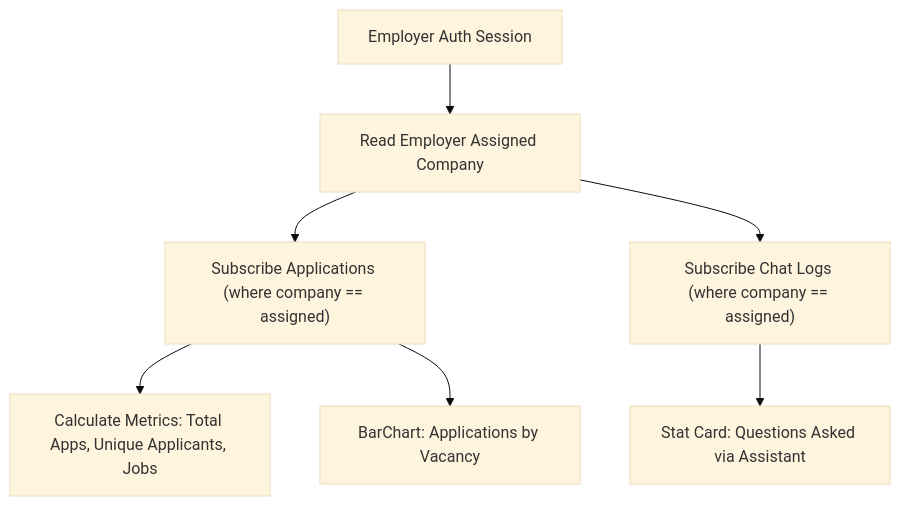
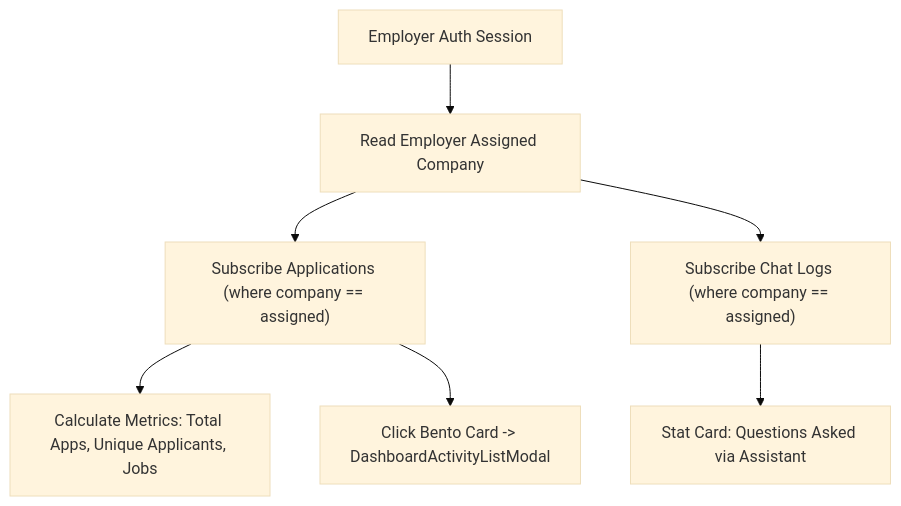
One commit to SooYM/QIU-Industry-Webapp changed the third of 4 diagrams in webapp/docs/FEATURE_MODULES_GUIDE.md. Above: the diagram before and after it, drawn with Mermaid (base theme). The commit also changed other lines of this file and 27 other files, not shown here.

Commit message:
docs: update comprehensive technical documentation for nature of business, bento activity pop-outs, Q&A zoom, and company JSON import

````diff
--- a/webapp/docs/FEATURE_MODULES_GUIDE.md
+++ b/webapp/docs/FEATURE_MODULES_GUIDE.md
@@ -176,9 +171,9 @@
 ```mermaid
 flowchart TD
     EmployerSignIn["Employer Auth Session"] --> ScopeCheck["Read Employer Assigned Company"]
     ScopeCheck --> FetchApps["Subscribe Applications (where company == assigned)"]
     ScopeCheck --> FetchChats["Subscribe Chat Logs (where company == assigned)"]
     FetchApps --> CalcStats["Calculate Metrics: Total Apps, Unique Applicants, Jobs"]
-    FetchApps --> RankJobs["BarChart: Applications by Vacancy"]
+    FetchApps --> PopoutModal["Click Bento Card -> DashboardActivityListModal"]
     FetchChats --> CountQuestions["Stat Card: Questions Asked via Assistant"]
 ```
````
